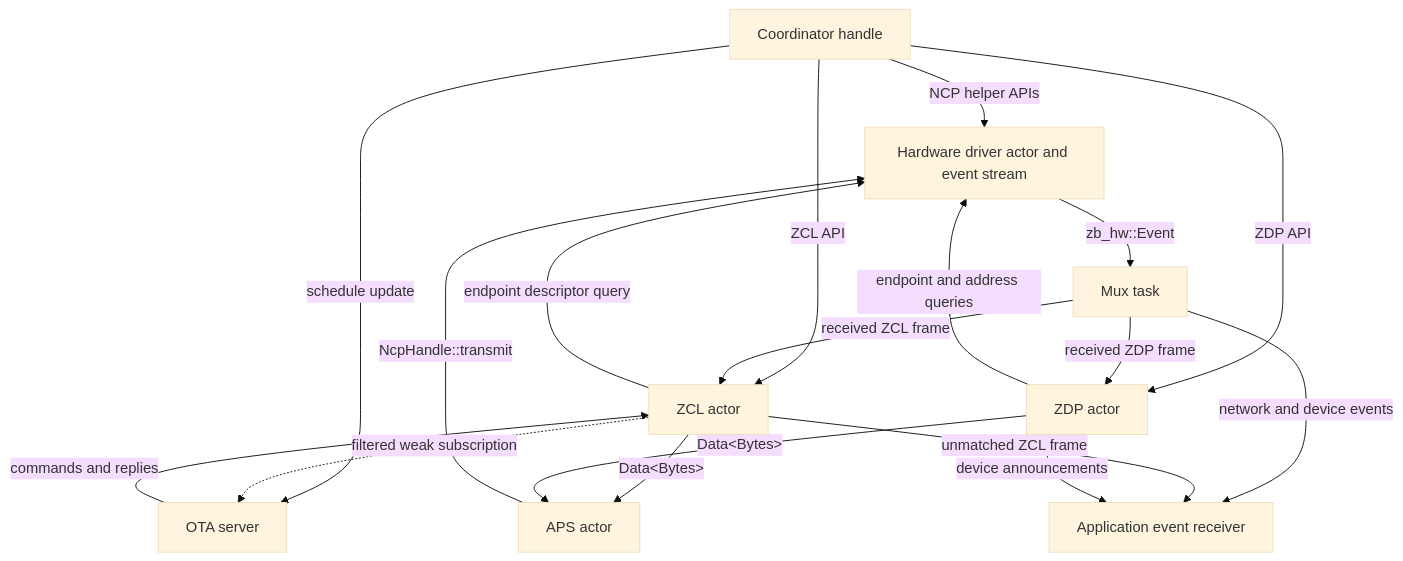
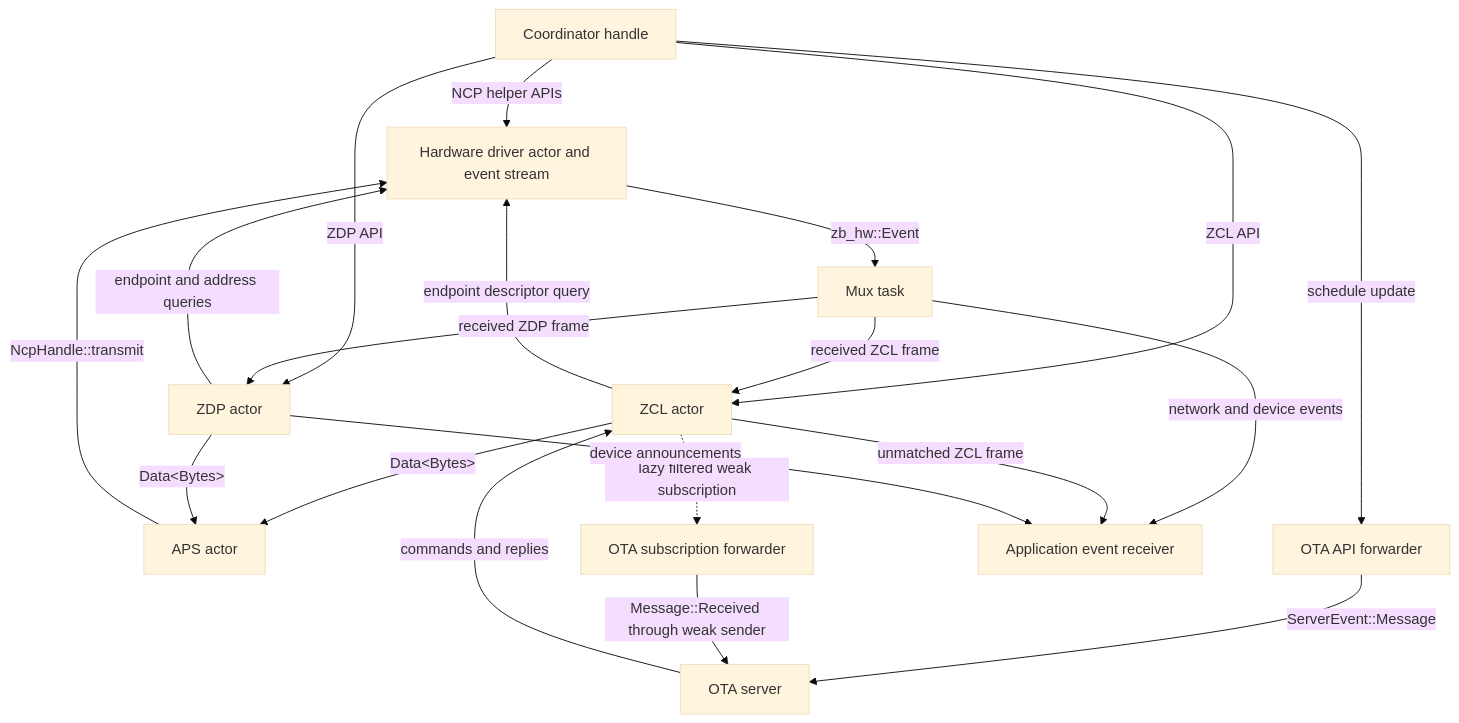
One commit to PaulmannLighting/apis-saltans changed the first of 4 diagrams in coordinator/ARCHITECTURE.md. Above: the diagram before and after it, drawn with Mermaid (base theme). The commit also changed other lines of this file and 7 other files, not shown here.

Commit message:
Fix OTA message processing.

````diff
--- a/coordinator/ARCHITECTURE.md
+++ b/coordinator/ARCHITECTURE.md
@@ -8,29 +8,33 @@
 ```mermaid
 flowchart TD
     HW[Hardware driver actor and event stream]
     C[Coordinator handle]
     APS[APS actor]
     ZCL[ZCL actor]
     ZDP[ZDP actor]
     OTA[OTA server]
+    OTAA[OTA API forwarder]
+    OTAS[OTA subscription forwarder]
     M[Mux task]
     APP[Application event receiver]
 
     C -->|ZCL API| ZCL
     C -->|ZDP API| ZDP
-    C -->|schedule update| OTA
+    C -->|schedule update| OTAA
+    OTAA -->|ServerEvent::Message| OTA
     C -->|NCP helper APIs| HW
     ZCL -->|Data&lt;Bytes&gt;| APS
     ZDP -->|Data&lt;Bytes&gt;| APS
     ZCL -->|endpoint descriptor query| HW
     ZDP -->|endpoint and address queries| HW
     APS -->|NcpHandle::transmit| HW
     HW -->|zb_hw::Event| M
     M -->|received ZCL frame| ZCL
     M -->|received ZDP frame| ZDP
     M -->|network and device events| APP
     ZCL -->|unmatched ZCL frame| APP
-    ZCL -.->|filtered weak subscription| OTA
+    ZCL -.->|lazy filtered weak subscription| OTAS
+    OTAS -->|Message::Received through weak sender| OTA
     OTA -->|commands and replies| ZCL
     ZDP -->|device announcements| APP
 ```
````
